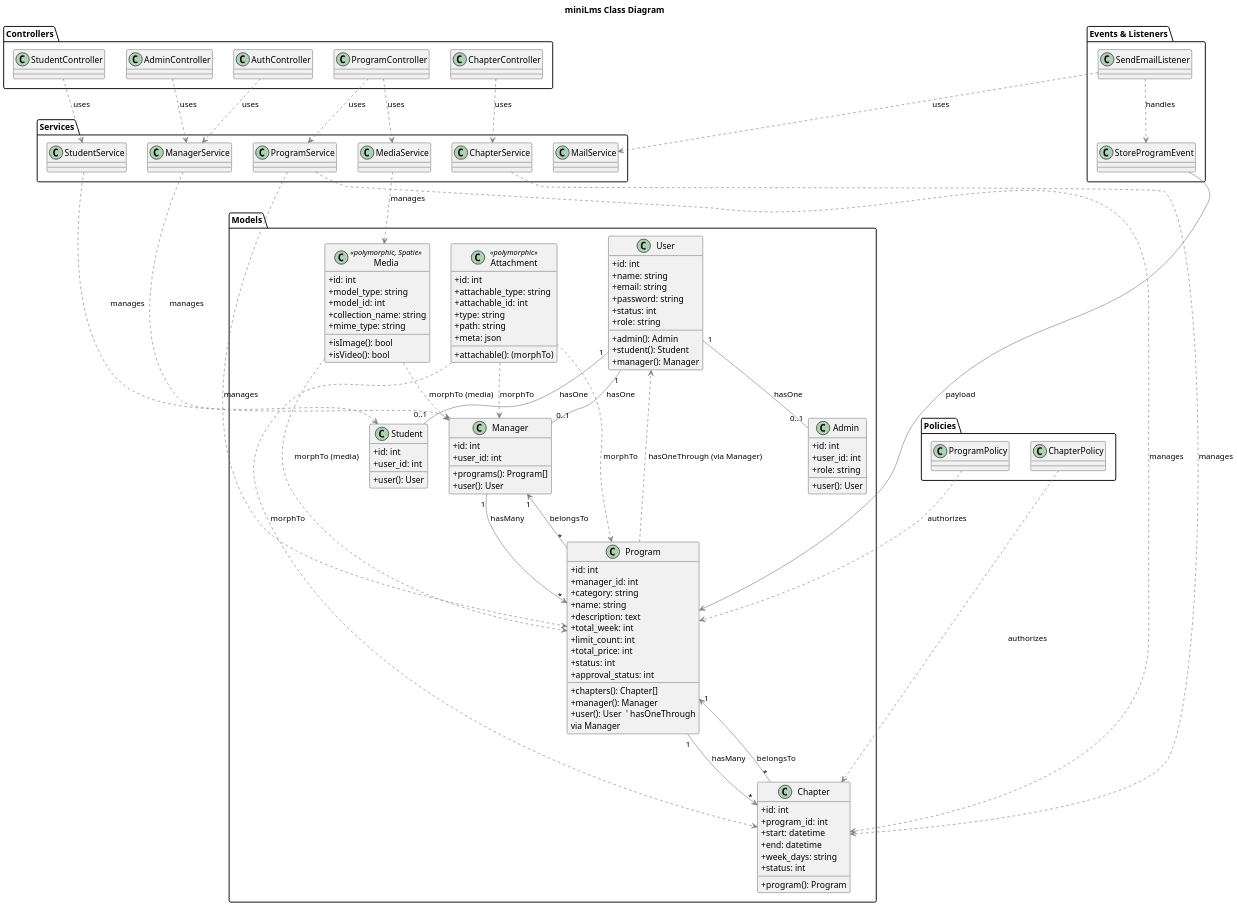
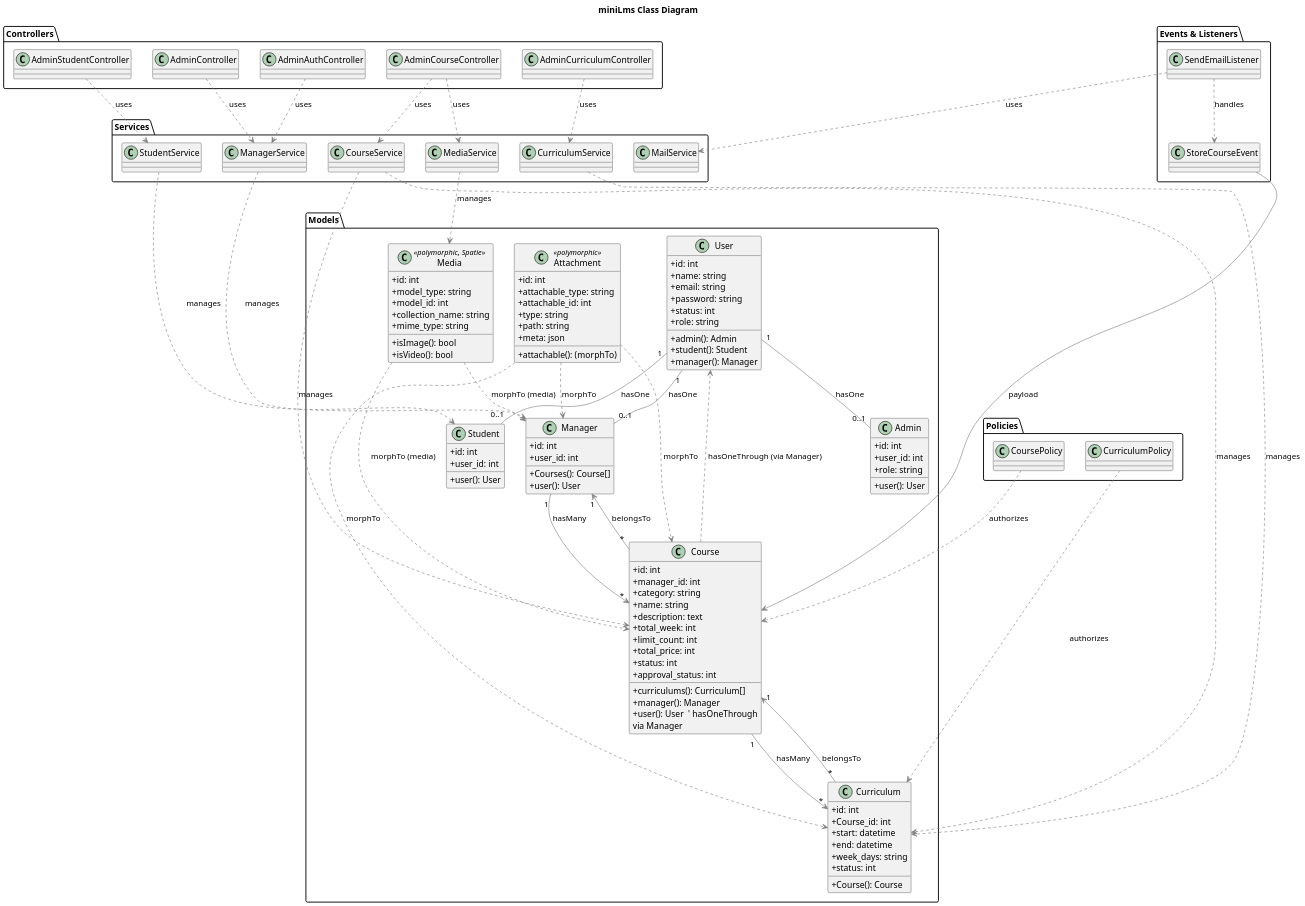
The diagram in docs/uml/class-diagram.puml (Macfa/NTS_miniLms), drawn with PlantUML before and after one commit. The commit also changed 104 other files, not shown here.

```diff
--- a/docs/uml/class-diagram.puml
+++ b/docs/uml/class-diagram.puml
@@ -1,169 +1,169 @@
 @startuml
 ' miniLms Class Diagram (PlantUML)
 ' View tip: VS Code PlantUML extension (jebbs.plantuml) → "PlantUML: Preview Current Diagram"
 
 skinparam dpi 150
 skinparam classAttributeIconSize 0
 skinparam ArrowColor Gray
 skinparam classFontSize 14
 skinparam wrapWidth 220
 skinparam defaultTextAlignment left
 
 top to bottom direction
 
 title miniLms Class Diagram
 
 package "Models" {
   class User {
     +id: int
     +name: string
     +email: string
     +password: string
     +status: int
     +role: string
     +admin(): Admin
     +student(): Student
     +manager(): Manager
   }
 
   class Admin {
     +id: int
     +user_id: int
     +role: string
     +user(): User
   }
 
   class Student {
     +id: int
     +user_id: int
     +user(): User
   }
 
   class Manager {
     +id: int
     +user_id: int
-    +programs(): Program[]
+    +Courses(): Course[]
     +user(): User
   }
 
-  class Program {
+  class Course {
     +id: int
     +manager_id: int
     +category: string
     +name: string
     +description: text
     +total_week: int
     +limit_count: int
     +total_price: int
     +status: int
     +approval_status: int
-    +chapters(): Chapter[]
+    +curriculums(): Curriculum[]
     +manager(): Manager
     +user(): User  ' hasOneThrough via Manager
   }
 
-  class Chapter {
+  class Curriculum {
     +id: int
-    +program_id: int
+    +Course_id: int
     +start: datetime
     +end: datetime
     +week_days: string
     +status: int
-    +program(): Program
+    +Course(): Course
   }
 
   class Attachment <<polymorphic>> {
     +id: int
     +attachable_type: string
     +attachable_id: int
     +type: string
     +path: string
     +meta: json
     +attachable(): (morphTo)
   }
 
   class Media <<polymorphic, Spatie>> {
     +id: int
     +model_type: string
     +model_id: int
     +collection_name: string
     +mime_type: string
     +isImage(): bool
     +isVideo(): bool
   }
 }
 
 package "Controllers" {
   class AdminController
-  class ProgramController
-  class ChapterController
-  class StudentController
-  class AuthController
+  class AdminCourseController
+  class AdminCurriculumController
+  class AdminStudentController
+  class AdminAuthController
 }
 
 package "Services" {
-  class ProgramService
-  class ChapterService
+  class CourseService
+  class CurriculumService
   class StudentService
   class ManagerService
   class MediaService
   class MailService
 }
 
 package "Policies" {
-  class ProgramPolicy
-  class ChapterPolicy
+  class CoursePolicy
+  class CurriculumPolicy
 }
 
 package "Events & Listeners" {
-  class StoreProgramEvent
+  class StoreCourseEvent
   class SendEmailListener
 }
 
 ' === Relations (Models)
 User "1" -- "0..1" Admin : hasOne
 User "1" -- "0..1" Student : hasOne
 User "1" -- "0..1" Manager : hasOne
 
-Manager "1" --> "*" Program : hasMany
-Program "*" --> "1" Manager : belongsTo
+Manager "1" --> "*" Course : hasMany
+Course "*" --> "1" Manager : belongsTo
 
-Program "1" --> "*" Chapter : hasMany
-Chapter "*" --> "1" Program : belongsTo
+Course "1" --> "*" Curriculum : hasMany
+Curriculum "*" --> "1" Course : belongsTo
 
-Program ..> User : hasOneThrough (via Manager)
+Course ..> User : hasOneThrough (via Manager)
 
 ' Polymorphic relations
-Attachment ..> Program : morphTo
-Attachment ..> Chapter : morphTo
+Attachment ..> Course : morphTo
+Attachment ..> Curriculum : morphTo
 Attachment ..> Manager : morphTo
 
-Media ..> Program : morphTo (media)
+Media ..> Course : morphTo (media)
 Media ..> Manager : morphTo (media)
 
 ' === Controllers use Services
-ProgramController ..> ProgramService : uses
-ProgramController ..> MediaService : uses
-ChapterController ..> ChapterService : uses
-StudentController ..> StudentService : uses
+AdminCourseController ..> CourseService : uses
+AdminCourseController ..> MediaService : uses
+AdminCurriculumController ..> CurriculumService : uses
+AdminStudentController ..> StudentService : uses
 AdminController ..> ManagerService : uses
-AuthController ..> ManagerService : uses
+AdminAuthController ..> ManagerService : uses
 
 ' === Services work with Models
-ProgramService ..> Program : manages
-ProgramService ..> Chapter : manages
-ChapterService ..> Chapter : manages
+CourseService ..> Course : manages
+CourseService ..> Curriculum : manages
+CurriculumService ..> Curriculum : manages
 StudentService ..> Student : manages
 ManagerService ..> Manager : manages
 MediaService ..> Media : manages
 
 ' === Policies authorize access
-ProgramPolicy ..> Program : authorizes
-ChapterPolicy ..> Chapter : authorizes
+CoursePolicy ..> Course : authorizes
+CurriculumPolicy ..> Curriculum : authorizes
 
 ' === Events / Listeners
-StoreProgramEvent --> Program : payload
-SendEmailListener ..> StoreProgramEvent : handles
+StoreCourseEvent --> Course : payload
+SendEmailListener ..> StoreCourseEvent : handles
 SendEmailListener ..> MailService : uses
 
 @enduml
```
